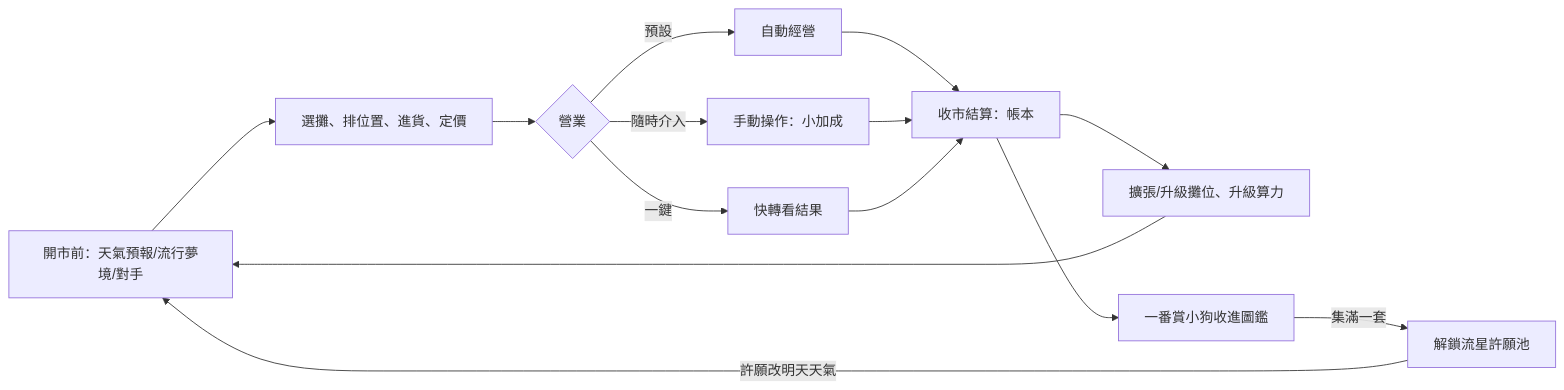
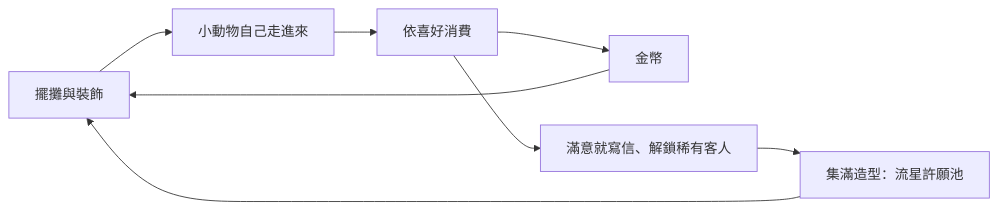
Before and after one commit to vup830707/line-dog-city: the diagram in docs/plan.md, drawn with Mermaid. The commit also changed other lines of this file, not shown here.

````diff
--- a/docs/plan.md
+++ b/docs/plan.md
@@ -19,16 +24,10 @@
 ```mermaid
 flowchart LR
-    A[開市前：天氣預報/流行夢境/對手] --> B[選攤、排位置、進貨、定價]
-    B --> C{營業}
-    C -->|預設| C1[自動經營]
-    C -->|隨時介入| C2[手動操作：小加成]
-    C -->|一鍵| C3[快轉看結果]
-    C1 --> D[收市結算：帳本]
-    C2 --> D
-    C3 --> D
-    D --> E[擴張/升級攤位、升級算力]
-    D --> F[一番賞小狗收進圖鑑]
-    F -->|集滿一套| G[解鎖流星許願池]
-    G -->|許願改明天天氣| A
-    E --> A
+    A[擺攤與裝飾] --> B[小動物自己走進來]
+    B --> C[依喜好消費]
+    C --> D[金幣]
+    D --> A
+    C --> E[滿意就寫信、解鎖稀有客人]
+    E --> F[集滿造型：流星許願池]
+    F --> A
 ```
````
